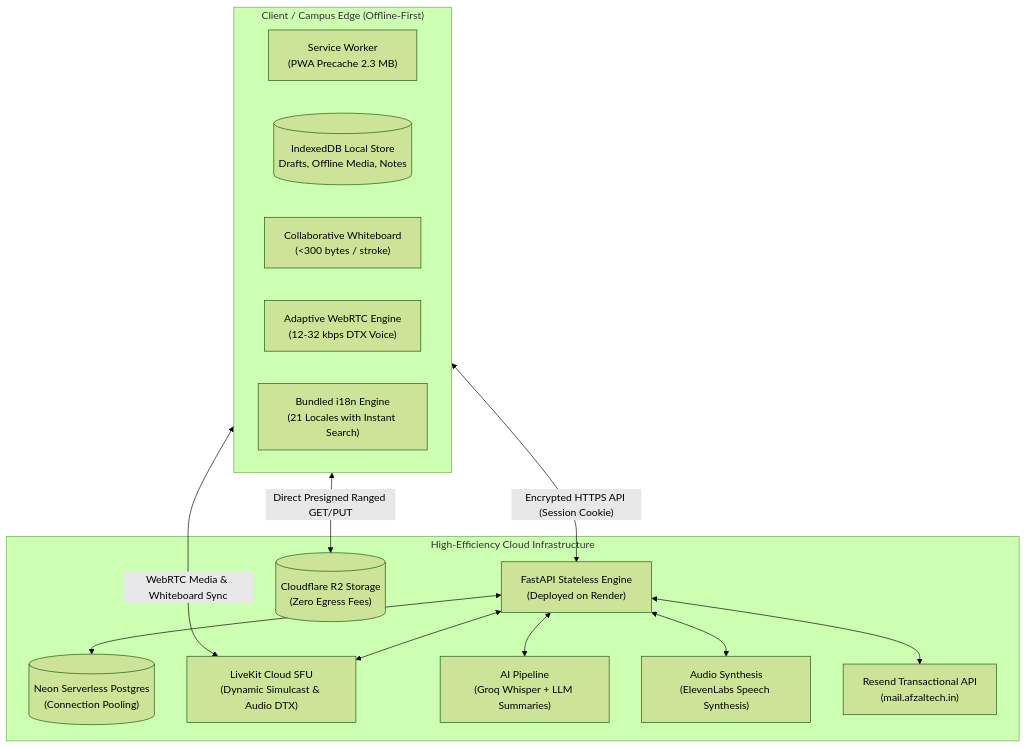
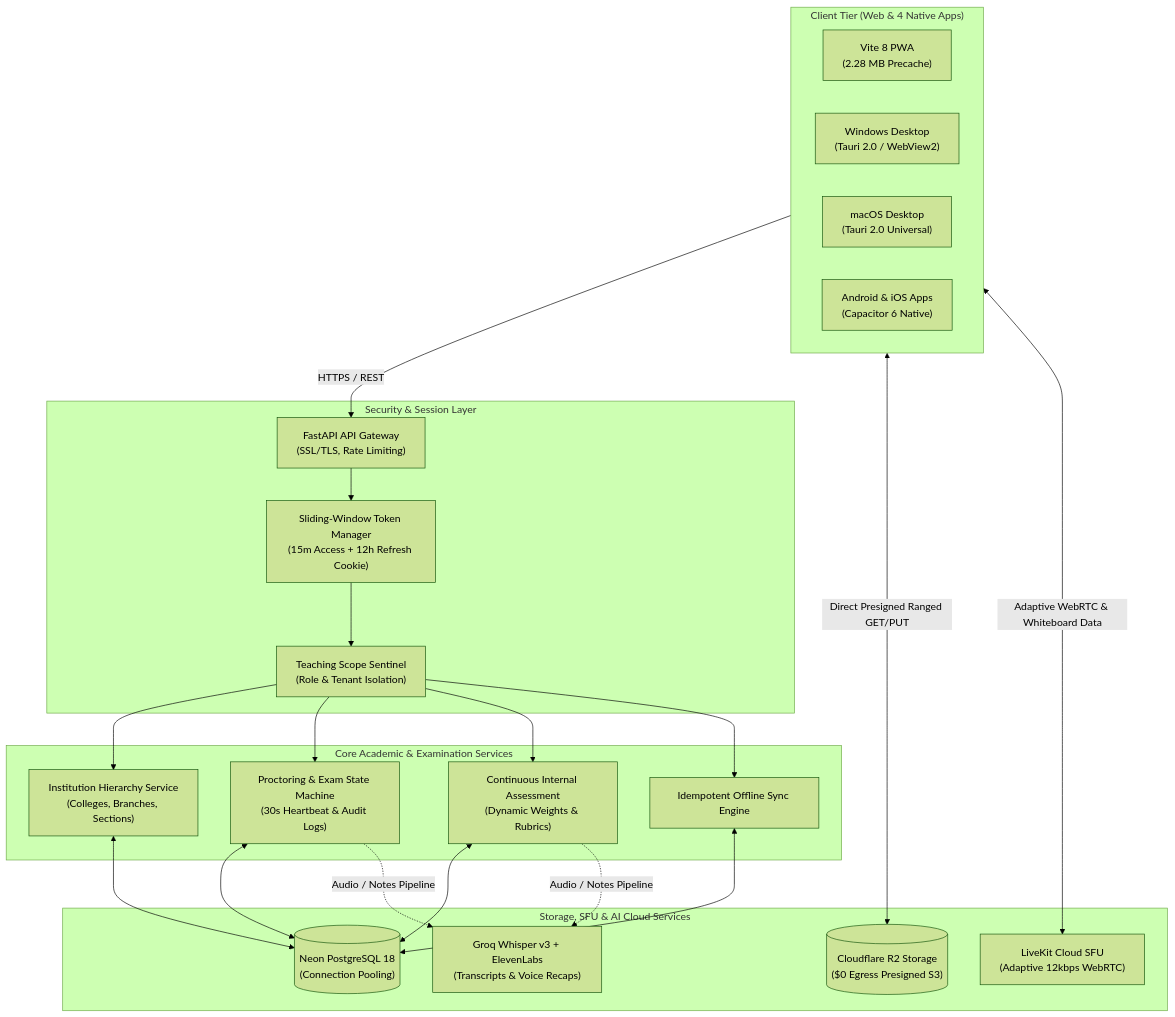
The diagram in README.md (yynvr1408/LanternEd), drawn with Mermaid (forest theme) before and after one commit. The commit also changed other lines of this file and 6 other files, not shown here.

Commit message:
docs: overhaul repository README, enterprise architectural specs, and portal nomenclature

````diff
--- a/README.md
+++ b/README.md
@@ -116,29 +87,38 @@
 ```mermaid
 flowchart TD
-    subgraph EDGE["Client / Campus Edge (Offline-First)"]
-        SW["Service Worker<br/>(PWA Precache 2.3 MB)"]
-        IDB[("IndexedDB Local Store<br/>Drafts, Offline Media, Notes")]
-        WB["Collaborative Whiteboard<br/>(<300 bytes / stroke)"]
-        ADAPT["Adaptive WebRTC Engine<br/>(12-32 kbps DTX Voice)"]
-        I18N["Bundled i18n Engine<br/>(21 Locales with Instant Search)"]
+    subgraph CLIENTS["Client Tier (Web & 4 Native Apps)"]
+        WEB["Vite 8 PWA<br/>(2.28 MB Precache)"]
+        WIN["Windows Desktop<br/>(Tauri 2.0 / WebView2)"]
+        MAC["macOS Desktop<br/>(Tauri 2.0 Universal)"]
+        MOB["Android & iOS Apps<br/>(Capacitor 6 Native)"]
     end
 
-    subgraph CLOUD["High-Efficiency Cloud Infrastructure"]
-        API["FastAPI Stateless Engine<br/>(Deployed on Render)"]
-        DB[("Neon Serverless Postgres<br/>(Connection Pooling)")]
-        R2[("Cloudflare R2 Storage<br/>(Zero Egress Fees)")]
-        LK["LiveKit Cloud SFU<br/>(Dynamic Simulcast & Audio DTX)"]
-        AI["AI Pipeline<br/>(Groq Whisper + LLM Summaries)"]
-        VOICE["Audio Synthesis<br/>(ElevenLabs Speech Synthesis)"]
-        MAIL["Resend Transactional API<br/>(mail.afzaltech.in)"]
+    subgraph SECURITY["Security & Session Layer"]
+        GATEWAY["FastAPI API Gateway<br/>(SSL/TLS, Rate Limiting)"]
+        AUTH["Sliding-Window Token Manager<br/>(15m Access + 12h Refresh Cookie)"]
+        RBAC["Teaching Scope Sentinel<br/>(Role & Tenant Isolation)"]
     end
 
-    EDGE <-->|"Direct Presigned Ranged GET/PUT"| R2
-    EDGE <-->|"WebRTC Media & Whiteboard Sync"| LK
-    EDGE <-->|"Encrypted HTTPS API (Session Cookie)"| API
-    API <--> DB
-    API <--> AI
-    API <--> VOICE
-    API <--> MAIL
-    API <--> LK
+    subgraph ENGINE["Core Academic & Examination Services"]
+        INST_SVC["Institution Hierarchy Service<br/>(Colleges, Branches, Sections)"]
+        EXAM_SVC["Proctoring & Exam State Machine<br/>(30s Heartbeat & Audit Logs)"]
+        GRADE_SVC["Continuous Internal Assessment<br/>(Dynamic Weights & Rubrics)"]
+        SYNC_SVC["Idempotent Offline Sync Engine"]
+    end
+
+    subgraph STORAGE["Storage, SFU & AI Cloud Services"]
+        POSTGRES[("Neon PostgreSQL 18<br/>(Connection Pooling)")]
+        R2[("Cloudflare R2 Storage<br/>($0 Egress Presigned S3)")]
+        LIVEKIT["LiveKit Cloud SFU<br/>(Adaptive 12kbps WebRTC)"]
+        AI_BUS["Groq Whisper v3 + ElevenLabs<br/>(Transcripts & Voice Recaps)"]
+    end
+
+    CLIENTS -->|"HTTPS / REST"| GATEWAY
+    GATEWAY --> AUTH --> RBAC
+    RBAC --> INST_SVC & EXAM_SVC & GRADE_SVC & SYNC_SVC
+
+    INST_SVC & EXAM_SVC & GRADE_SVC & SYNC_SVC <--> POSTGRES
+    CLIENTS <-->|"Direct Presigned Ranged GET/PUT"| R2
+    CLIENTS <-->|"Adaptive WebRTC & Whiteboard Data"| LIVEKIT
+    EXAM_SVC & GRADE_SVC -.->|"Audio / Notes Pipeline"| AI_BUS
 ```
````
